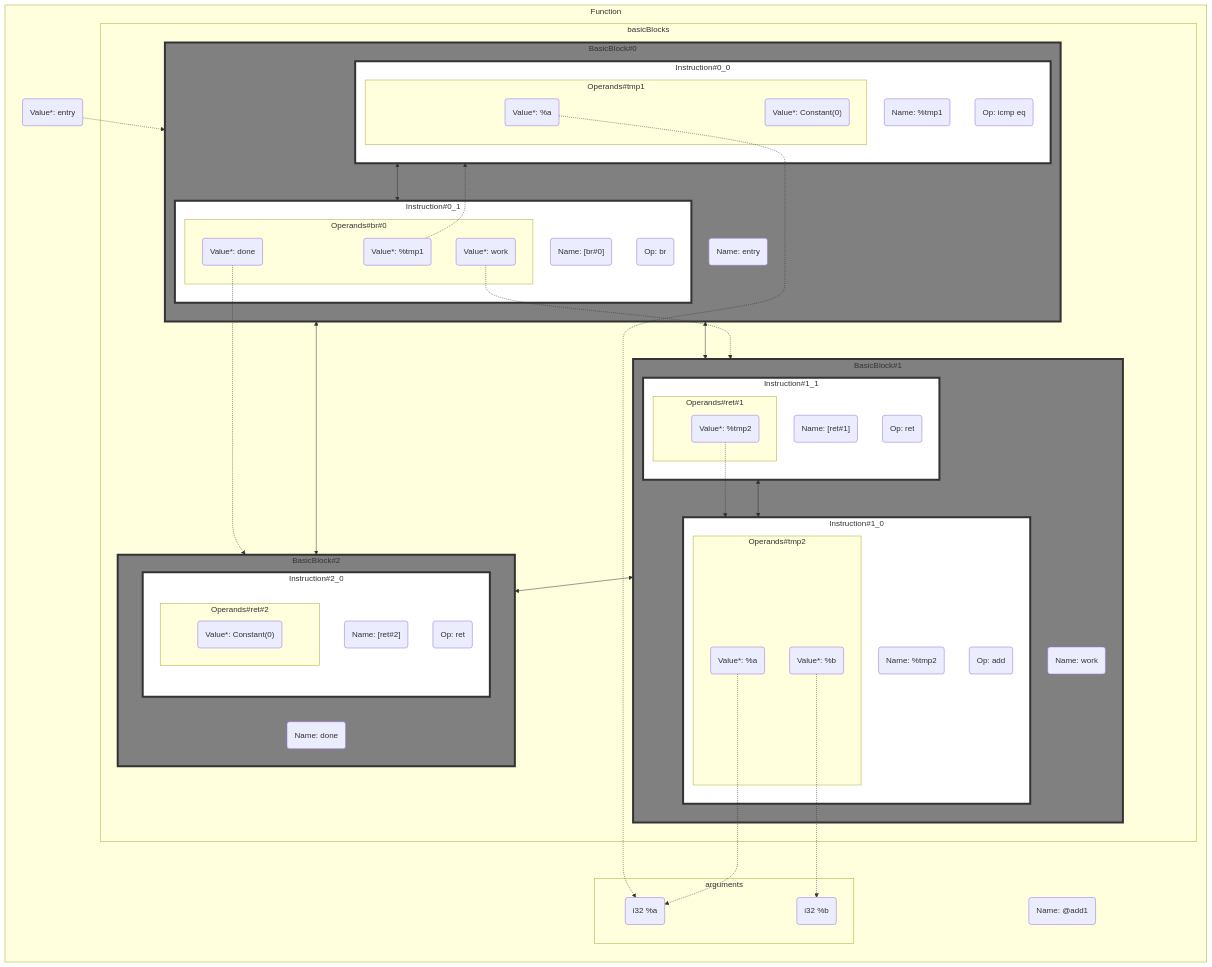
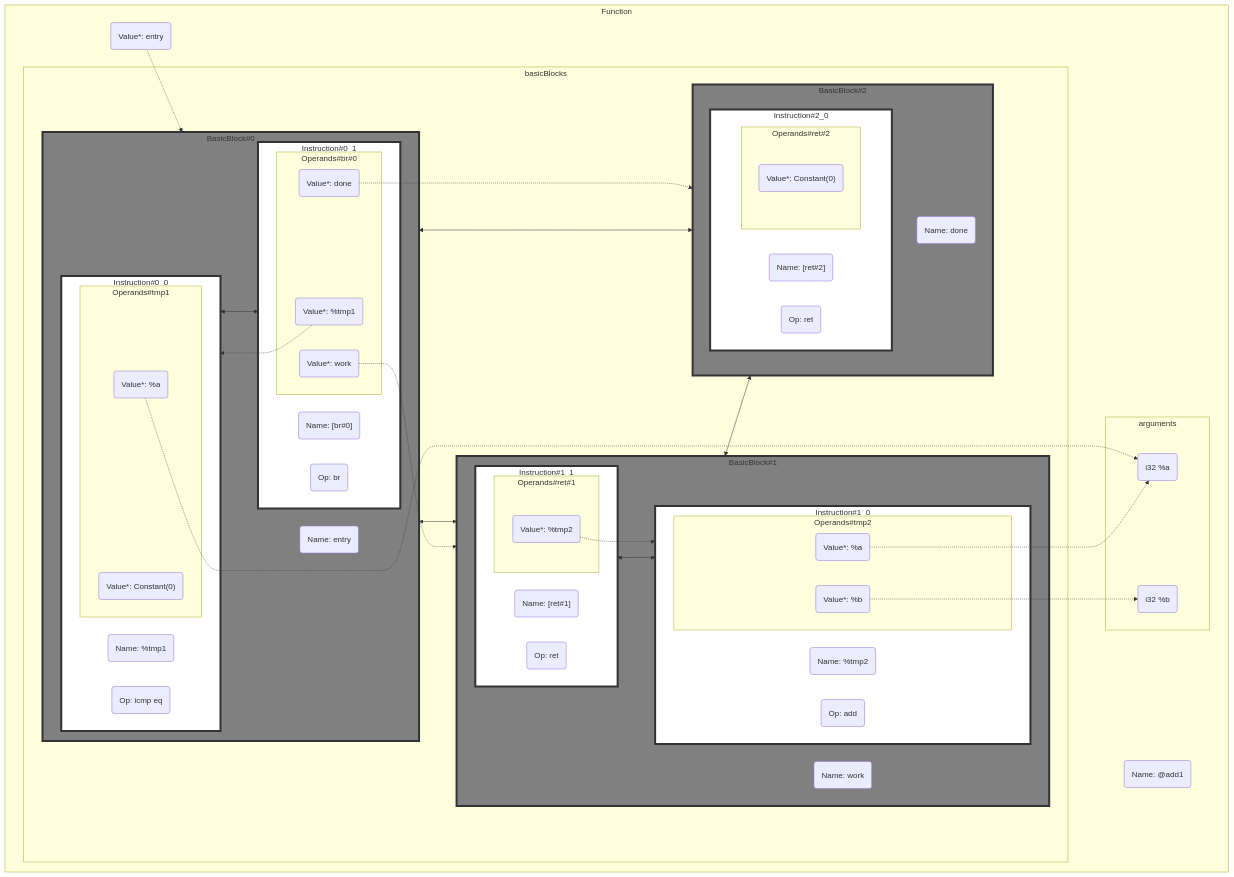
The second of 2 diagrams in source/_posts/read-llvm-code-1/index.md (glass-panel/blog), drawn with Mermaid before and after one commit.

Commit message:
update dependency

````diff
--- a/source/_posts/read-llvm-code-1/index.md
+++ b/source/_posts/read-llvm-code-1/index.md
@@ -179,5 +179,5 @@
 ```mermaid
-flowchart LR
+flowchart TB
 
 subgraph "Function"
 	fname("Name: @add1")
````
